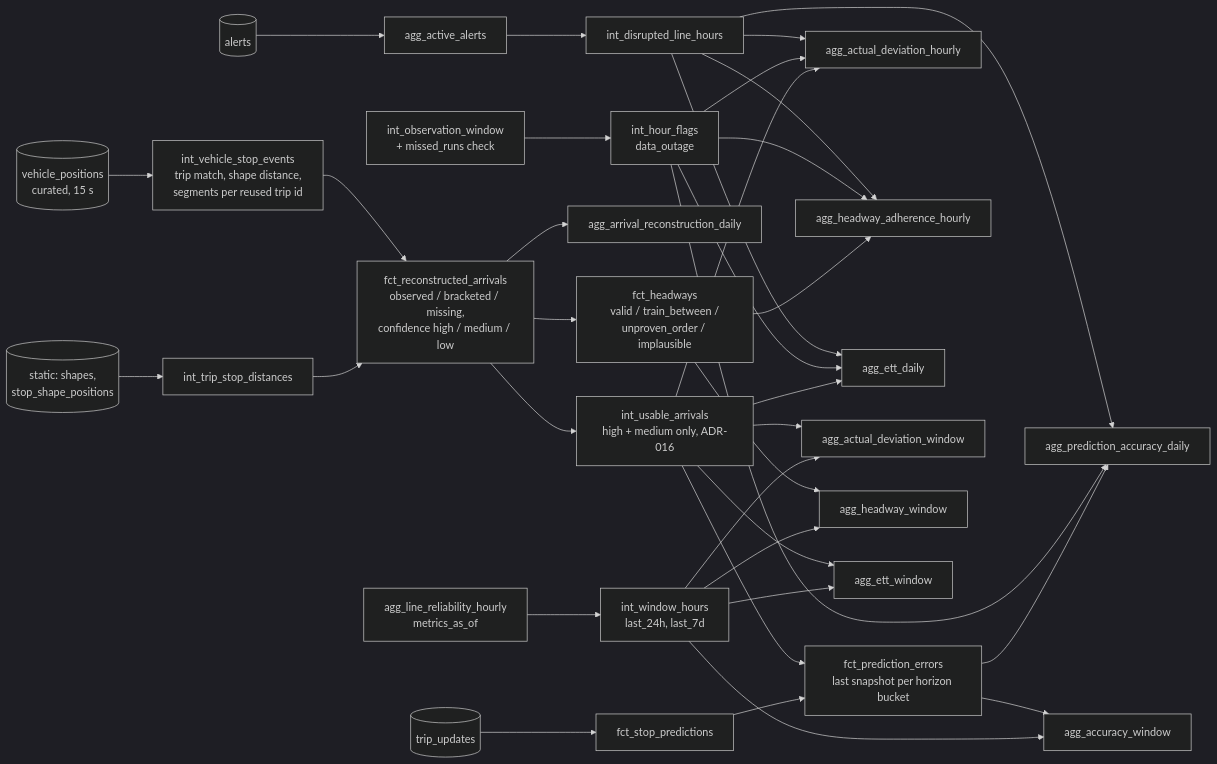
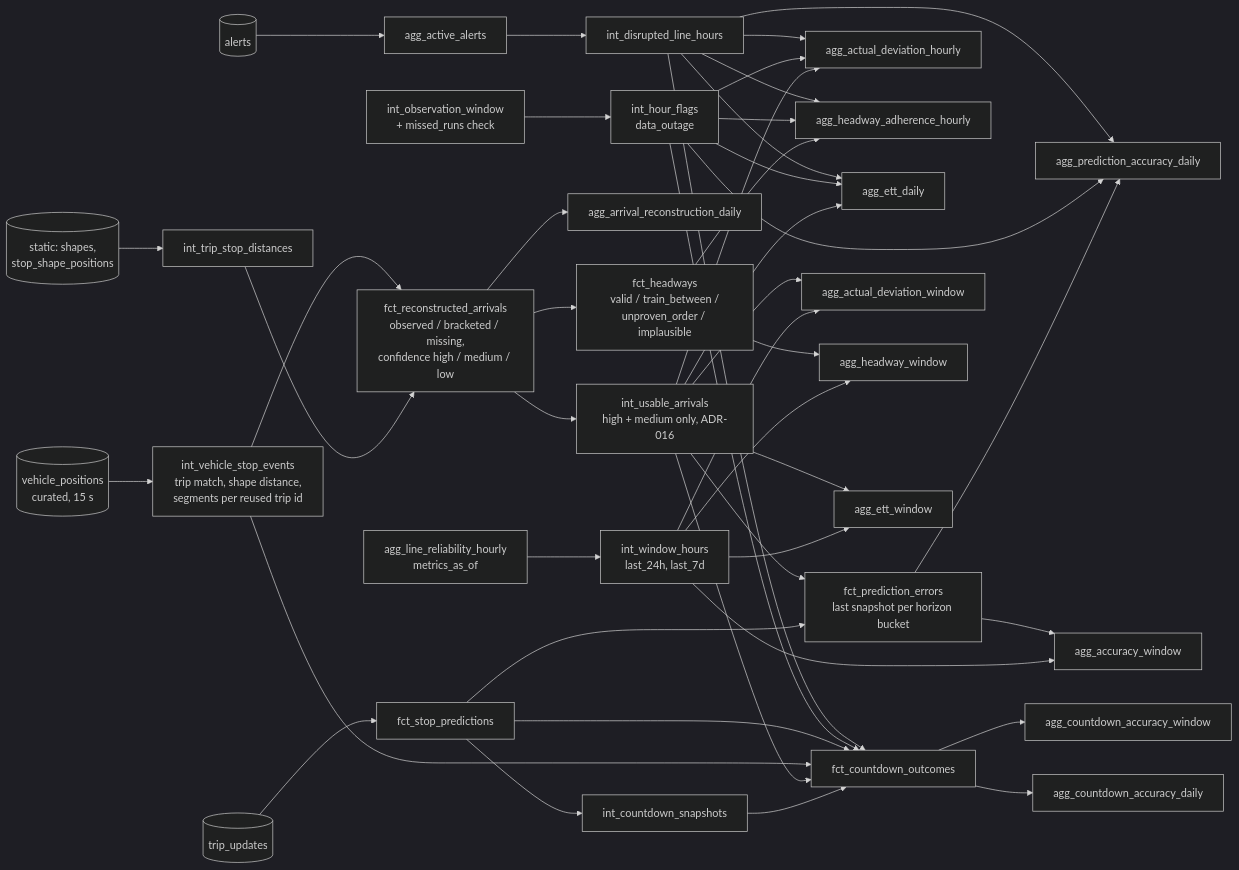
The second of 7 diagrams in docs/LINEAGE.md (akshaygovindd/headway), drawn with Mermaid (dark theme) before and after one commit. The commit also changed 1 other file, not shown here.

Commit message:
docs: countdown accuracy metric entry and lineage

````diff
--- a/docs/LINEAGE.md
+++ b/docs/LINEAGE.md
@@ -147,29 +147,33 @@
 ```mermaid
 flowchart LR
     VP[(vehicle_positions<br/>curated, 15 s)] --> SE[int_vehicle_stop_events<br/>trip match, shape distance,<br/>segments per reused trip id]
     SHAPES[(static: shapes,<br/>stop_shape_positions)] --> TSD[int_trip_stop_distances]
     TSD --> RA
     SE --> RA[fct_reconstructed_arrivals<br/>observed / bracketed / missing,<br/>confidence high / medium / low]
     RA --> UA[int_usable_arrivals<br/>high + medium only, ADR-016]
     RA --> HW[fct_headways<br/>valid / train_between /<br/>unproven_order / implausible]
     RA --> ARD[agg_arrival_reconstruction_daily]
     TU[(trip_updates)] --> SP[fct_stop_predictions]
     SP --> PE[fct_prediction_errors<br/>last snapshot per horizon bucket]
     UA --> PE
     AL[(alerts)] --> AA[agg_active_alerts]
     AA --> DLH[int_disrupted_line_hours]
     OW[int_observation_window<br/>+ missed_runs check] --> HF[int_hour_flags<br/>data_outage]
     PE & HF & DLH --> ACCD[agg_prediction_accuracy_daily]
     UA & HF & DLH --> DEVH[agg_actual_deviation_hourly]
     HW & HF & DLH --> HWH[agg_headway_adherence_hourly]
     UA & HF & DLH --> ETTD[agg_ett_daily]
     ARH[agg_line_reliability_hourly<br/>metrics_as_of] --> WH[int_window_hours<br/>last_24h, last_7d]
     WH --> ACCW[agg_accuracy_window]
+    SP --> CDS[int_countdown_snapshots]
+    CDS & UA & SE & SP & HF & DLH --> CDO[fct_countdown_outcomes]
+    CDO --> CDW[agg_countdown_accuracy_window]
+    CDO --> CDD[agg_countdown_accuracy_daily]
     WH --> DEVW[agg_actual_deviation_window]
     WH --> HWW[agg_headway_window]
     WH --> ETTW[agg_ett_window]
     PE --> ACCW
     UA --> DEVW
     HW --> HWW
     UA --> ETTW
 ```
````
